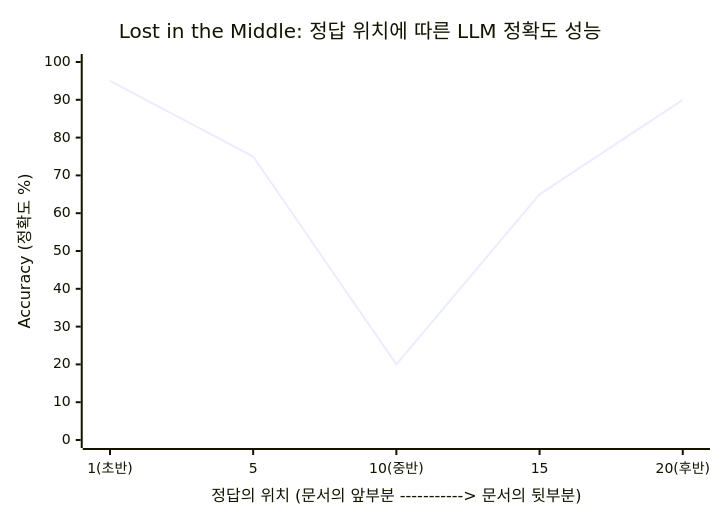
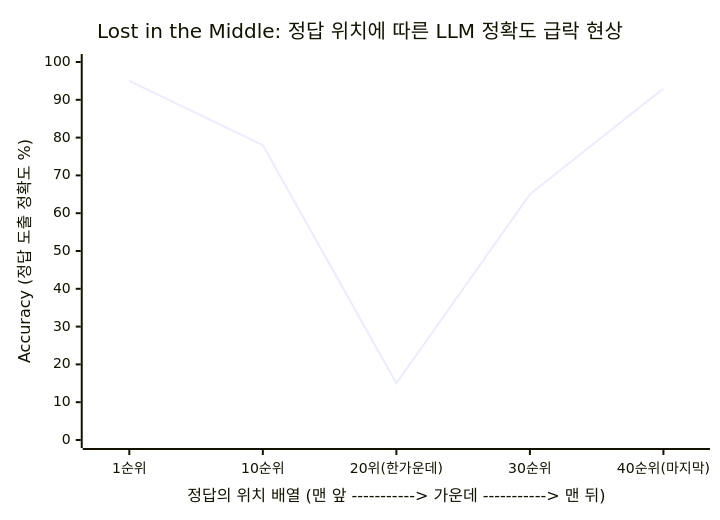
The fourth of 6 diagrams in week1.md (DaeyeonWon/self-study), drawn with Mermaid before and after one commit. The commit also changed other lines of this file and 7 other files, not shown here.

Commit message:
Massive 10x Volume Expansion of 1-8 Weeks with 80+ Latest Papers and Architecture Mermaid Integration

```diff
--- a/week1.md
+++ b/week1.md
@@ -102,7 +150,7 @@
 <div class="mermaid">
 xychart-beta
-    title "Lost in the Middle: 정답 위치에 따른 LLM 정확도 성능"
-    x-axis "정답의 위치 (문서의 앞부분 -----------> 문서의 뒷부분)" ["1(초반)", "5", "10(중반)", "15", "20(후반)"]
-    y-axis "Accuracy (정확도 %)" 0 --> 100
-    line [95, 75, 20, 65, 90]
+    title "Lost in the Middle: 정답 위치에 따른 LLM 정확도 급락 현상"
+    x-axis "정답의 위치 배열 (맨 앞 -----------> 가운데 -----------> 맨 뒤)" ["1순위", "10순위", "20위(한가운데)", "30순위", "40순위(마지막)"]
+    y-axis "Accuracy (정답 도출 정확도 %)" 0 --> 100
+    line [95, 78, 15, 65, 93]
 </div>
```
